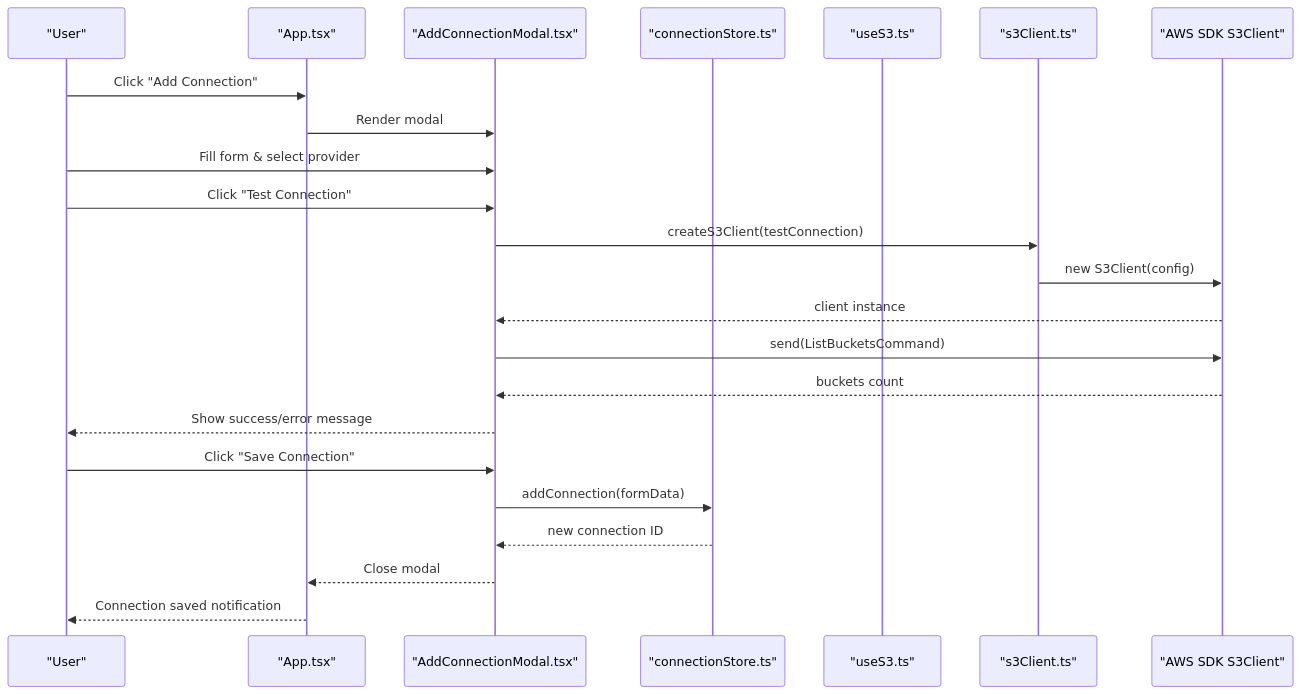
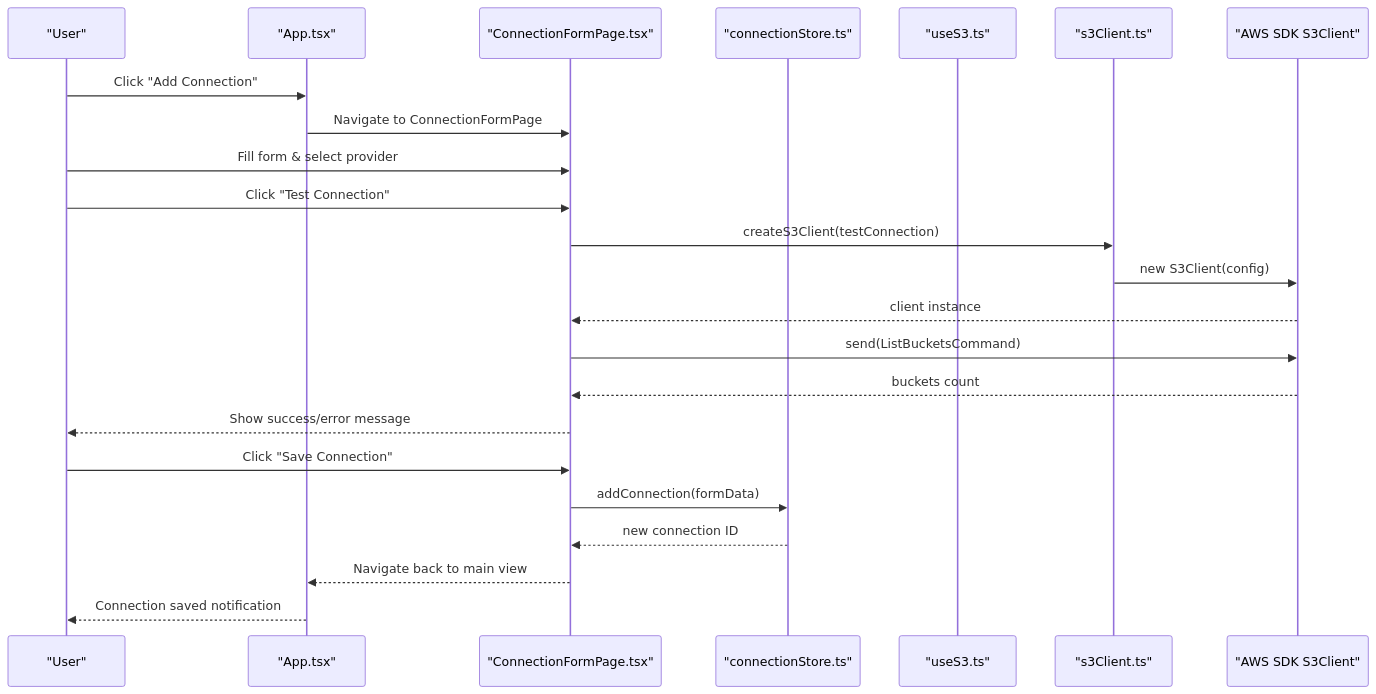
One commit to nasrulhadi/s3-explorer changed the second of 7 diagrams in .qoder/repowiki/en/content/Core Features/Connection Management.md. Above: the diagram before and after it, drawn with Mermaid. The commit also changed other lines of this file and 26 other files, not shown here.

First line of the commit message:
feat(navigation): redesign navigation with page-based routing and view state management

````diff
--- a/.qoder/repowiki/en/content/Core Features/Connection Management.md
+++ b/.qoder/repowiki/en/content/Core Features/Connection Management.md
@@ -140,25 +141,25 @@
 ```mermaid
 sequenceDiagram
 participant User as "User"
 participant App as "App.tsx"
-participant AddModal as "AddConnectionModal.tsx"
+participant ConnForm as "ConnectionFormPage.tsx"
 participant ConnStore as "connectionStore.ts"
 participant UseS3 as "useS3.ts"
 participant S3Client as "s3Client.ts"
 participant S3SDK as "AWS SDK S3Client"
 User->>App : Click "Add Connection"
-App->>AddModal : Render modal
-User->>AddModal : Fill form & select provider
-User->>AddModal : Click "Test Connection"
-AddModal->>S3Client : createS3Client(testConnection)
+App->>ConnForm : Navigate to ConnectionFormPage
+User->>ConnForm : Fill form & select provider
+User->>ConnForm : Click "Test Connection"
+ConnForm->>S3Client : createS3Client(testConnection)
 S3Client->>S3SDK : new S3Client(config)
-S3SDK-->>AddModal : client instance
-AddModal->>S3SDK : send(ListBucketsCommand)
-S3SDK-->>AddModal : buckets count
-AddModal-->>User : Show success/error message
-User->>AddModal : Click "Save Connection"
-AddModal->>ConnStore : addConnection(formData)
-ConnStore-->>AddModal : new connection ID
-AddModal-->>App : Close modal
+S3SDK-->>ConnForm : client instance
+ConnForm->>S3SDK : send(ListBucketsCommand)
+S3SDK-->>ConnForm : buckets count
+ConnForm-->>User : Show success/error message
+User->>ConnForm : Click "Save Connection"
+ConnForm->>ConnStore : addConnection(formData)
+ConnStore-->>ConnForm : new connection ID
+ConnForm-->>App : Navigate back to main view
 App-->>User : Connection saved notification
 ```
````
